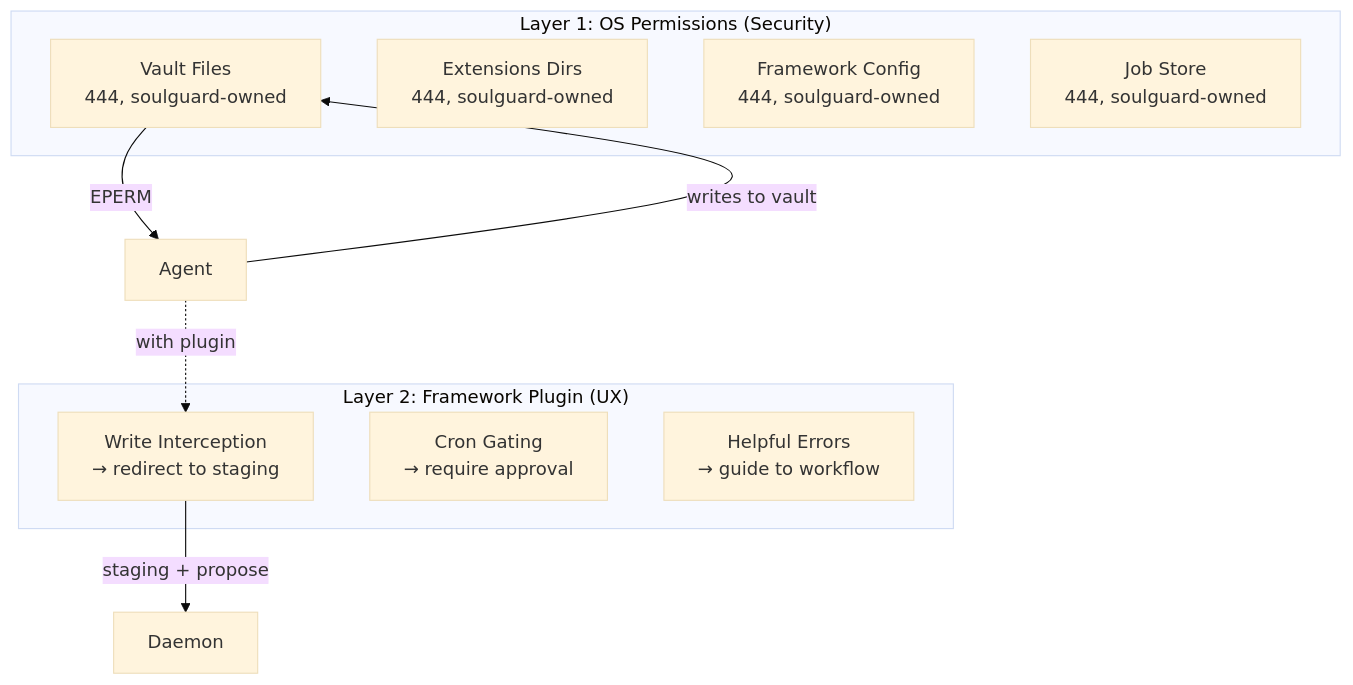
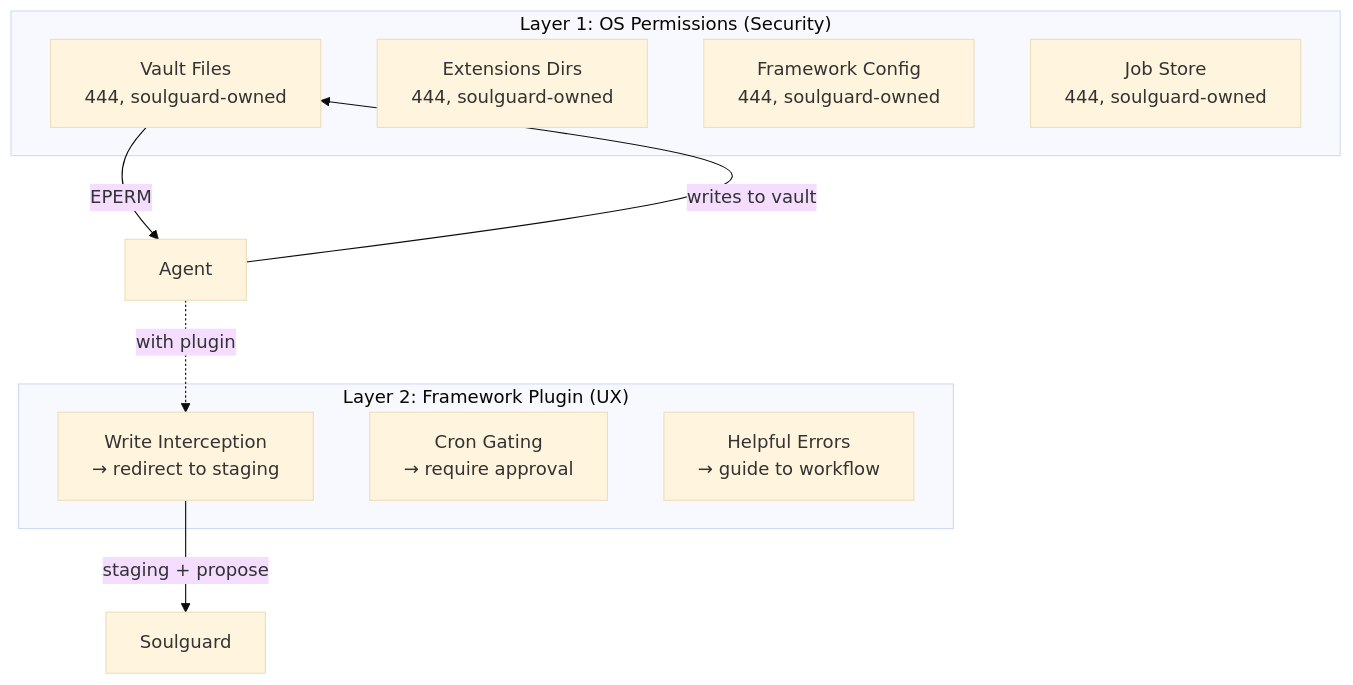
The first of 3 diagrams in DESIGN.md (Mirascope/soulguard), drawn with Mermaid (base theme) before and after one commit. The commit also changed other lines of this file and 7 other files, not shown here.

````diff
--- a/DESIGN.md
+++ b/DESIGN.md
@@ -91,20 +91,20 @@
 ```mermaid
 graph TB
     subgraph "Layer 1: OS Permissions (Security)"
         V[Vault Files<br/>444, soulguard-owned]
         E[Extensions Dirs<br/>444, soulguard-owned]
         C[Framework Config<br/>444, soulguard-owned]
         J[Job Store<br/>444, soulguard-owned]
     end
 
     subgraph "Layer 2: Framework Plugin (UX)"
         FW[Write Interception<br/>→ redirect to staging]
         FC[Cron Gating<br/>→ require approval]
         FE[Helpful Errors<br/>→ guide to workflow]
     end
 
     A[Agent] -->|writes to vault| V
     V -->|EPERM| A
     A -.->|with plugin| FW
-    FW -->|staging + propose| D[Daemon]
+    FW -->|staging + propose| D[Soulguard]
 ```
````
